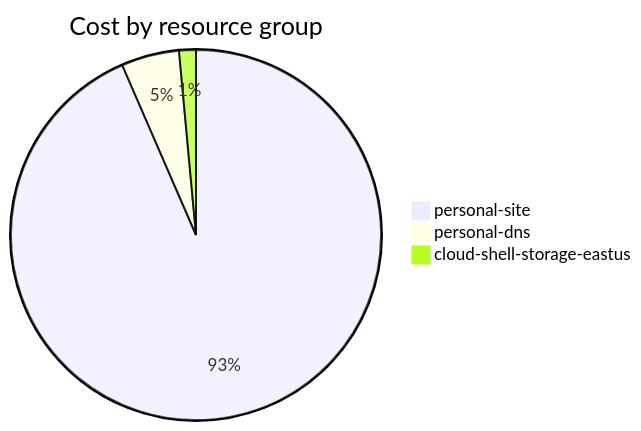
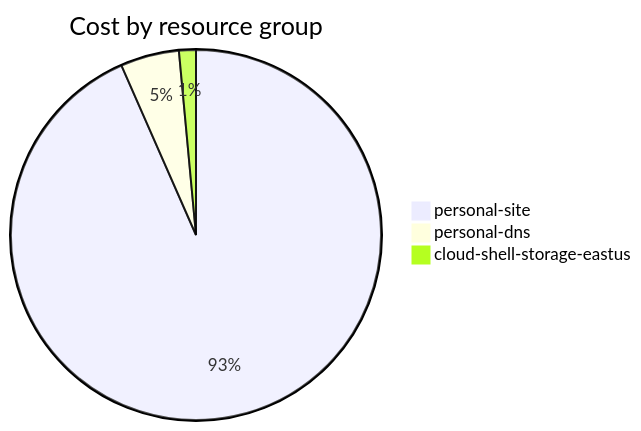
One commit to jpfulton/azure-personal-reports changed the fourth of 4 diagrams in cost-reports/accumulated-cost.md. Above: the diagram before and after it, drawn with Mermaid. The commit also changed other lines of this file and 4 other files, not shown here.

````diff
--- a/cost-reports/accumulated-cost.md
+++ b/cost-reports/accumulated-cost.md
@@ -143,7 +143,7 @@
 ```mermaid
 pie
    title Cost by resource group
-   "personal-site" : 11.47
-   "personal-dns" : 0.62
-   "cloud-shell-storage-eastus" : 0.18
+   "personal-site" : 12.04
+   "personal-dns" : 0.66
+   "cloud-shell-storage-eastus" : 0.19
 ```
````
